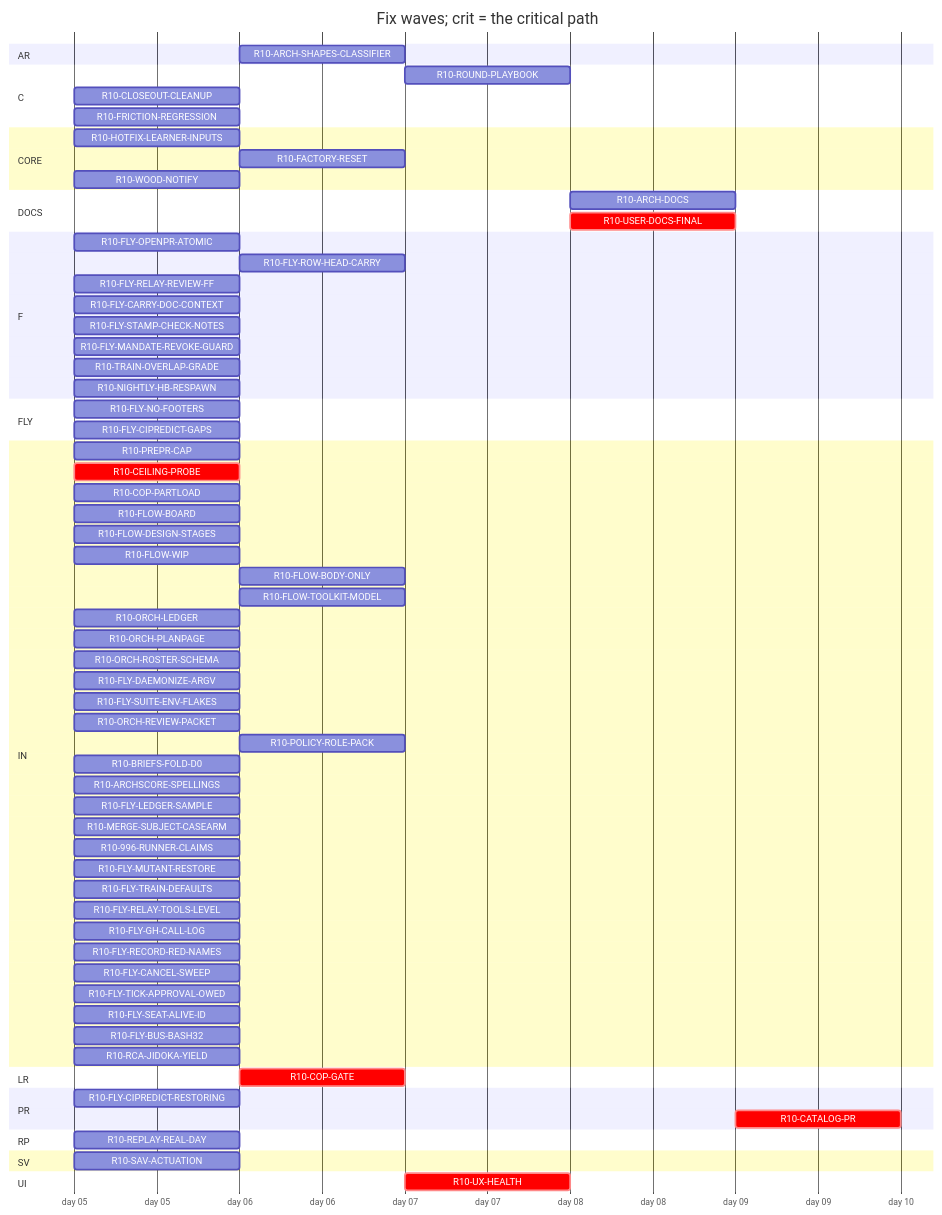
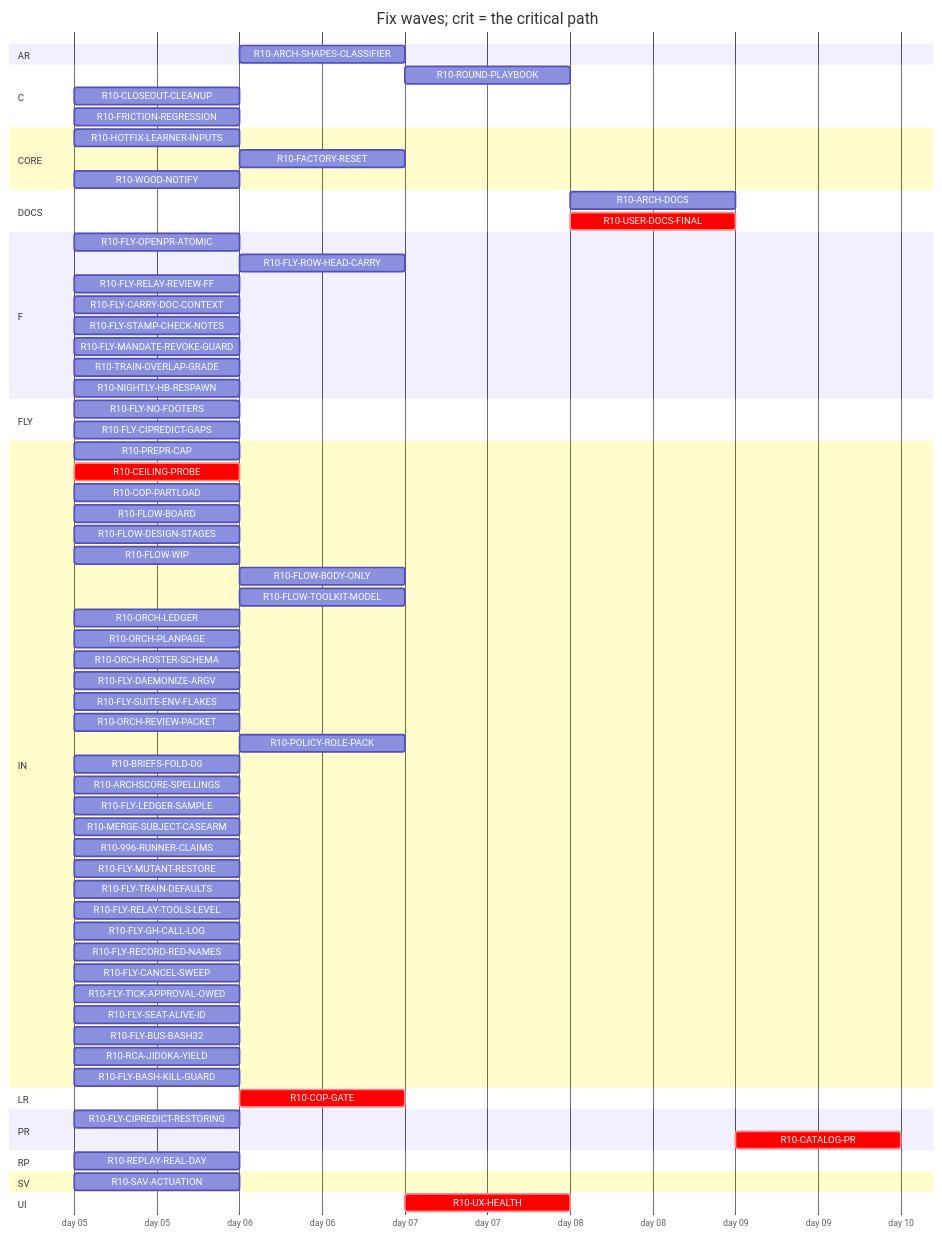
The diagram in handoff/round10/state/PLAN-TABLE.md (tvofi/heatpump_optimizer), drawn with Mermaid before and after one commit. The commit also changed other lines of this file and 3 other files, not shown here.

Commit message:
state: FLOW-BOARD.md, NEXT-SESSION-PROMPT.md, PLAN-TABLE.md, RESUME-CURRENT.md regenerated (state_docs.py)

````diff
--- a/handoff/round10/state/PLAN-TABLE.md
+++ b/handoff/round10/state/PLAN-TABLE.md
@@ -25,73 +25,74 @@
 ```mermaid
 gantt
   title Fix waves; crit = the critical path
   dateFormat YYYY-MM-DD
   axisFormat day %d
   section AR
     R10-ARCH-SHAPES-CLASSIFIER :r10ARCHSHAPESCLASSIFIER, after r10996RUNNERCLAIMS, 1d
   section C
     R10-ROUND-PLAYBOOK :r10ROUNDPLAYBOOK, after r10ORCHLEDGER r10ORCHPLANPAGE r10FLYRELAYREVIEWFF r10FLOWBODYONLY, 1d
     R10-CLOSEOUT-CLEANUP :r10CLOSEOUTCLEANUP, 2026-01-05, 1d
     R10-FRICTION-REGRESSION :r10FRICTIONREGRESSION, 2026-01-05, 1d
   section CORE
     R10-HOTFIX-LEARNER-INPUTS :r10HOTFIXLEARNERINPUTS, 2026-01-05, 1d
     R10-FACTORY-RESET :r10FACTORYRESET, after r10HOTFIXLEARNERINPUTS, 1d
     R10-WOOD-NOTIFY :r10WOODNOTIFY, 2026-01-05, 1d
   section DOCS
     R10-ARCH-DOCS :r10ARCHDOCS, after r10COPGATE r10UXHEALTH r10CEILINGPROBE r10COPPARTLOAD r10FLOWBOARD r10FLOWDESIGNSTAGES r10FLOWWIP r10FLOWBODYONLY r10FLYOPENPRATOMIC r10FLYROWHEADCARRY r10FLYRELAYREVIEWFF r10FLYCARRYDOCCONTEXT r10FLOWTOOLKITMODEL r10FLYSTAMPCHECKNOTES r10FLYMANDATEREVOKEGUARD r10TRAINOVERLAPGRADE r10NIGHTLYHBRESPAWN r10ORCHLEDGER r10ORCHPLANPAGE r10ORCHROSTERSCHEMA r10FLYDAEMONIZEARGV r10ORCHREVIEWPACKET r10POLICYROLEPACK r10BRIEFSFOLDD0 r10REPLAYREALDAY r10ARCHSCORESPELLINGS r10SAVACTUATION r10FLYLEDGERSAMPLE, 1d
     R10-USER-DOCS-FINAL :crit, r10USERDOCSFINAL, after r10COPGATE r10UXHEALTH r10CEILINGPROBE r10COPPARTLOAD r10FLOWBOARD r10FLOWDESIGNSTAGES r10FLOWWIP r10FLOWBODYONLY r10FLYOPENPRATOMIC r10FLYROWHEADCARRY r10FLYRELAYREVIEWFF r10FLYCARRYDOCCONTEXT r10FLOWTOOLKITMODEL r10FLYSTAMPCHECKNOTES r10FLYMANDATEREVOKEGUARD r10TRAINOVERLAPGRADE r10NIGHTLYHBRESPAWN r10ORCHLEDGER r10ORCHPLANPAGE r10ORCHROSTERSCHEMA r10FLYDAEMONIZEARGV r10ORCHREVIEWPACKET r10POLICYROLEPACK r10BRIEFSFOLDD0 r10REPLAYREALDAY r10ARCHSCORESPELLINGS r10SAVACTUATION r10FLYLEDGERSAMPLE r10HOTFIXLEARNERINPUTS r10FACTORYRESET r10WOODNOTIFY, 1d
   section F
     R10-FLY-OPENPR-ATOMIC :r10FLYOPENPRATOMIC, 2026-01-05, 1d
     R10-FLY-ROW-HEAD-CARRY :r10FLYROWHEADCARRY, after r10FLYOPENPRATOMIC, 1d
     R10-FLY-RELAY-REVIEW-FF :r10FLYRELAYREVIEWFF, 2026-01-05, 1d
     R10-FLY-CARRY-DOC-CONTEXT :r10FLYCARRYDOCCONTEXT, 2026-01-05, 1d
     R10-FLY-STAMP-CHECK-NOTES :r10FLYSTAMPCHECKNOTES, 2026-01-05, 1d
     R10-FLY-MANDATE-REVOKE-GUARD :r10FLYMANDATEREVOKEGUARD, 2026-01-05, 1d
     R10-TRAIN-OVERLAP-GRADE :r10TRAINOVERLAPGRADE, 2026-01-05, 1d
     R10-NIGHTLY-HB-RESPAWN :r10NIGHTLYHBRESPAWN, 2026-01-05, 1d
   section FLY
     R10-FLY-NO-FOOTERS :r10FLYNOFOOTERS, 2026-01-05, 1d
     R10-FLY-CIPREDICT-GAPS :r10FLYCIPREDICTGAPS, 2026-01-05, 1d
   section IN
     R10-PREPR-CAP :r10PREPRCAP, 2026-01-05, 1d
     R10-CEILING-PROBE :crit, r10CEILINGPROBE, 2026-01-05, 1d
     R10-COP-PARTLOAD :r10COPPARTLOAD, 2026-01-05, 1d
     R10-FLOW-BOARD :r10FLOWBOARD, 2026-01-05, 1d
     R10-FLOW-DESIGN-STAGES :r10FLOWDESIGNSTAGES, 2026-01-05, 1d
     R10-FLOW-WIP :r10FLOWWIP, 2026-01-05, 1d
     R10-FLOW-BODY-ONLY :r10FLOWBODYONLY, after r10FLYOPENPRATOMIC, 1d
     R10-FLOW-TOOLKIT-MODEL :r10FLOWTOOLKITMODEL, after r10ORCHPLANPAGE, 1d
     R10-ORCH-LEDGER :r10ORCHLEDGER, 2026-01-05, 1d
     R10-ORCH-PLANPAGE :r10ORCHPLANPAGE, 2026-01-05, 1d
     R10-ORCH-ROSTER-SCHEMA :r10ORCHROSTERSCHEMA, 2026-01-05, 1d
     R10-FLY-DAEMONIZE-ARGV :r10FLYDAEMONIZEARGV, 2026-01-05, 1d
     R10-FLY-SUITE-ENV-FLAKES :r10FLYSUITEENVFLAKES, 2026-01-05, 1d
     R10-ORCH-REVIEW-PACKET :r10ORCHREVIEWPACKET, 2026-01-05, 1d
     R10-POLICY-ROLE-PACK :r10POLICYROLEPACK, after r10FLOWDESIGNSTAGES, 1d
     R10-BRIEFS-FOLD-D0 :r10BRIEFSFOLDD0, 2026-01-05, 1d
     R10-ARCHSCORE-SPELLINGS :r10ARCHSCORESPELLINGS, 2026-01-05, 1d
     R10-FLY-LEDGER-SAMPLE :r10FLYLEDGERSAMPLE, 2026-01-05, 1d
     R10-MERGE-SUBJECT-CASEARM :r10MERGESUBJECTCASEARM, 2026-01-05, 1d
     R10-996-RUNNER-CLAIMS :r10996RUNNERCLAIMS, 2026-01-05, 1d
     R10-FLY-MUTANT-RESTORE :r10FLYMUTANTRESTORE, 2026-01-05, 1d
     R10-FLY-TRAIN-DEFAULTS :r10FLYTRAINDEFAULTS, 2026-01-05, 1d
     R10-FLY-RELAY-TOOLS-LEVEL :r10FLYRELAYTOOLSLEVEL, 2026-01-05, 1d
     R10-FLY-GH-CALL-LOG :r10FLYGHCALLLOG, 2026-01-05, 1d
     R10-FLY-RECORD-RED-NAMES :r10FLYRECORDREDNAMES, 2026-01-05, 1d
     R10-FLY-CANCEL-SWEEP :r10FLYCANCELSWEEP, 2026-01-05, 1d
     R10-FLY-TICK-APPROVAL-OWED :r10FLYTICKAPPROVALOWED, 2026-01-05, 1d
     R10-FLY-SEAT-ALIVE-ID :r10FLYSEATALIVEID, 2026-01-05, 1d
     R10-FLY-BUS-BASH32 :r10FLYBUSBASH32, 2026-01-05, 1d
     R10-RCA-JIDOKA-YIELD :r10RCAJIDOKAYIELD, 2026-01-05, 1d
+    R10-FLY-BASH-KILL-GUARD :r10FLYBASHKILLGUARD, 2026-01-05, 1d
   section LR
     R10-COP-GATE :crit, r10COPGATE, after r10CEILINGPROBE, 1d
   section PR
     R10-FLY-CIPREDICT-RESTORING :r10FLYCIPREDICTRESTORING, 2026-01-05, 1d
     R10-CATALOG-PR :crit, r10CATALOGPR, after r10USERDOCSFINAL, 1d
   section RP
     R10-REPLAY-REAL-DAY :r10REPLAYREALDAY, 2026-01-05, 1d
   section SV
     R10-SAV-ACTUATION :r10SAVACTUATION, 2026-01-05, 1d
   section UI
     R10-UX-HEALTH :crit, r10UXHEALTH, after r10COPGATE, 1d
 ```
````
